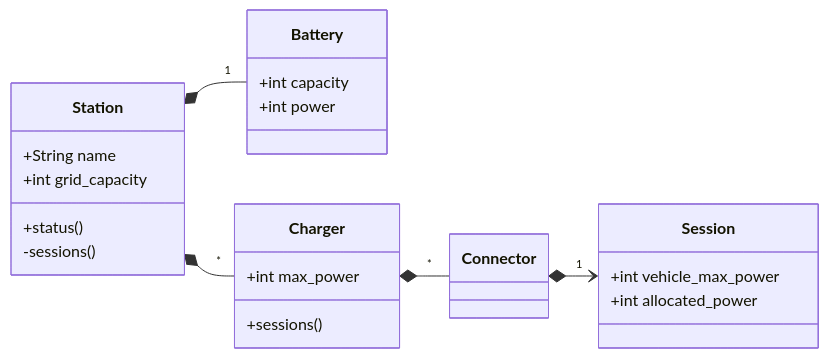
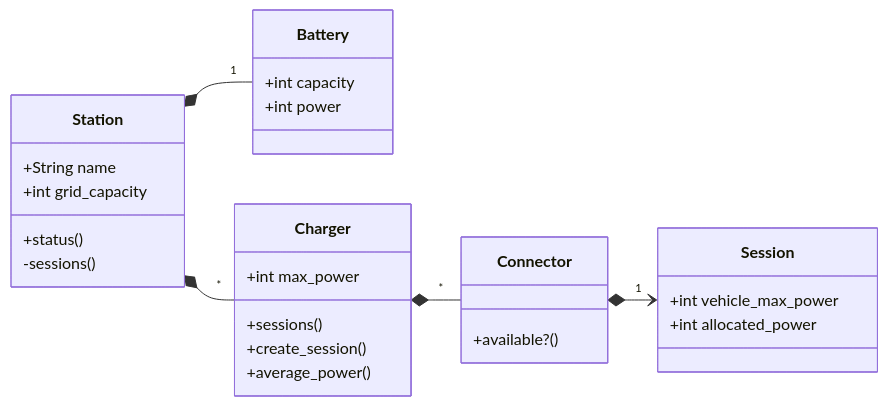
One commit to lucasdchamps/sems changed the diagram in README.md. Above: the diagram before and after it, drawn with Mermaid. The commit also changed 4 other files, not shown here.

Commit message:
feat: add various model methods to be used in the create_session endpoint

````diff
--- a/README.md
+++ b/README.md
@@ -30,26 +30,31 @@
 ```mermaid
 classDiagram
 direction LR
     Station *-- "1" Battery
     Station *-- "*" Charger
     Charger *-- "*" Connector
     Connector *--> "1" Session
     class Station {
         +String name
         +int grid_capacity
         +status()
         -sessions()
     }
     class Charger {
         +int max_power
         +sessions()
+        +create_session()
+        +average_power()
+    }
+    class Connector {
+        +available?()
     }
     class Session {
         +int vehicle_max_power
         +int allocated_power
     }
     class Battery {
         +int capacity
         +int power
     }
 ```
````
